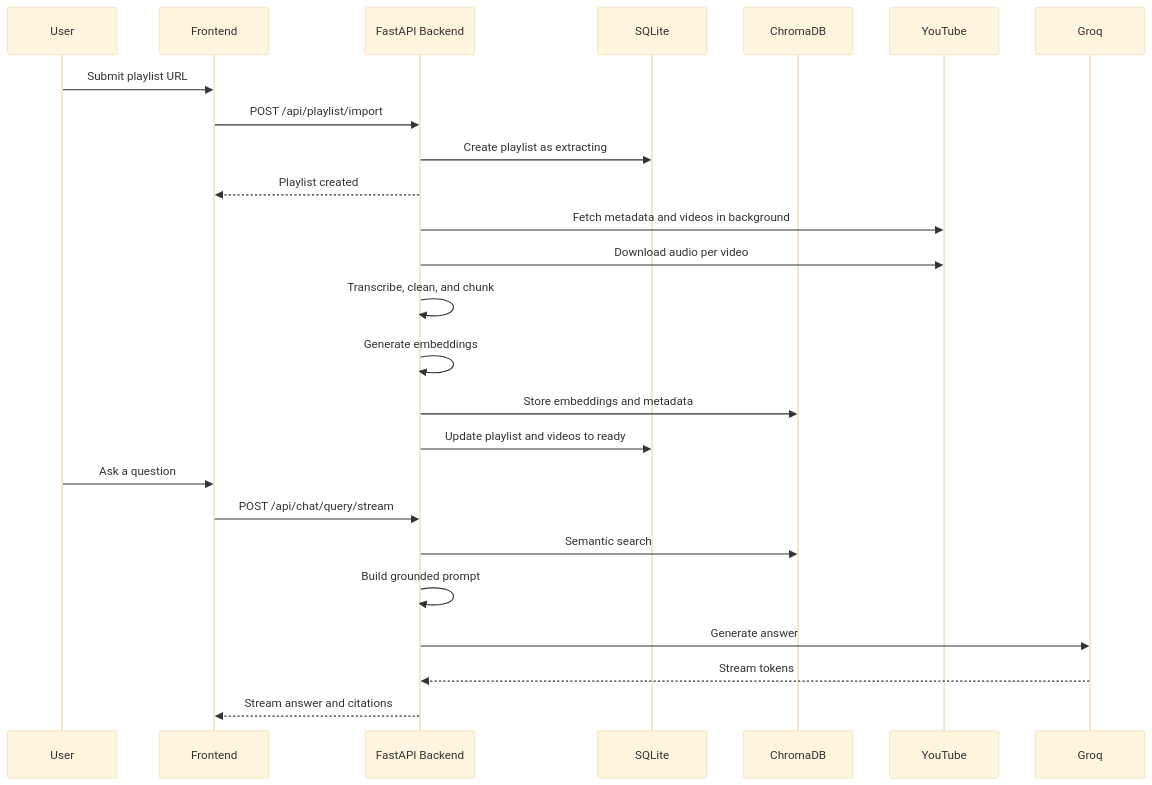
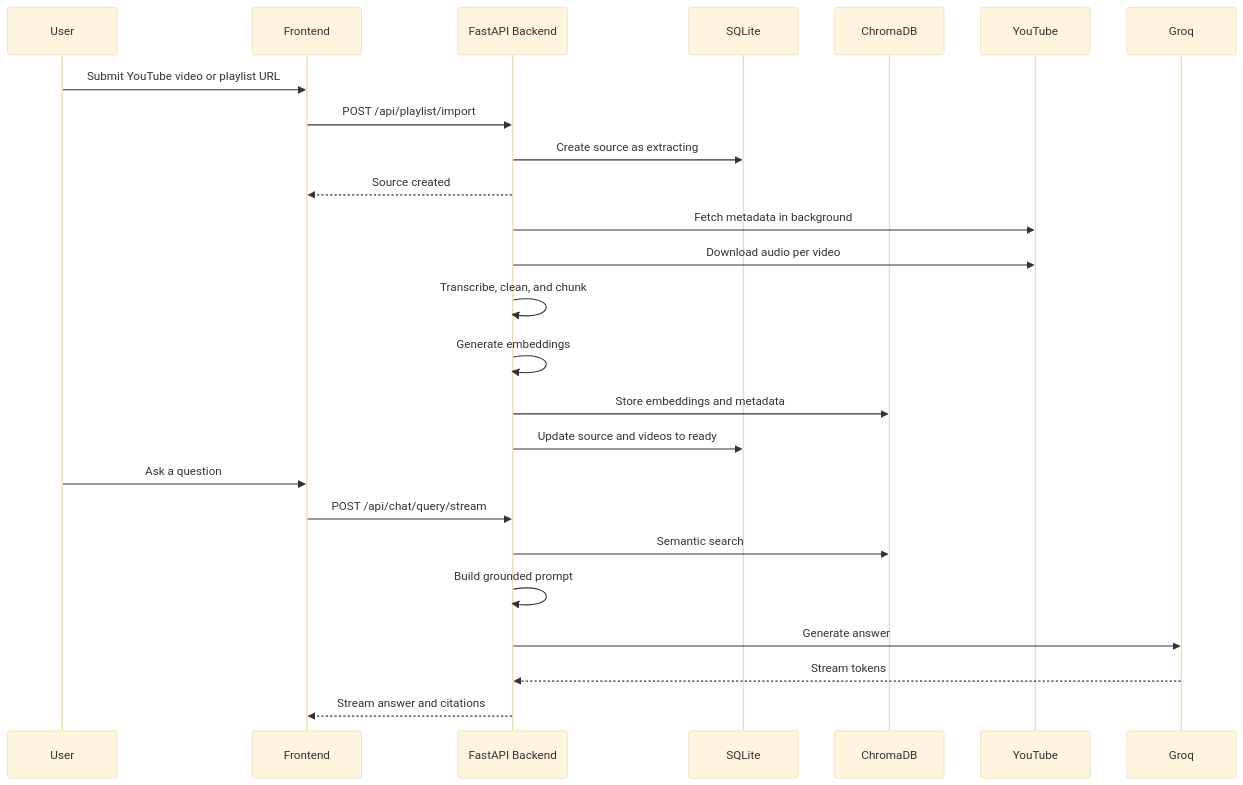
The diagram in README.md (HarshS16/Ytutor), drawn with Mermaid (base theme) before and after one commit. The commit also changed other lines of this file and 16 other files, not shown here.

Commit message:
feat: initialize backend ingestion pipeline and frontend chat architecture

````diff
--- a/README.md
+++ b/README.md
@@ -65,29 +65,29 @@
 ```mermaid
 sequenceDiagram
     participant User
     participant Frontend
     participant Backend as FastAPI Backend
     participant SQLite
     participant ChromaDB
     participant YouTube
     participant Groq
 
-    User->>Frontend: Submit playlist URL
+    User->>Frontend: Submit YouTube video or playlist URL
     Frontend->>Backend: POST /api/playlist/import
-    Backend->>SQLite: Create playlist as extracting
-    Backend-->>Frontend: Playlist created
-    Backend->>YouTube: Fetch metadata and videos in background
+    Backend->>SQLite: Create source as extracting
+    Backend-->>Frontend: Source created
+    Backend->>YouTube: Fetch metadata in background
     Backend->>YouTube: Download audio per video
     Backend->>Backend: Transcribe, clean, and chunk
     Backend->>Backend: Generate embeddings
     Backend->>ChromaDB: Store embeddings and metadata
-    Backend->>SQLite: Update playlist and videos to ready
+    Backend->>SQLite: Update source and videos to ready
 
     User->>Frontend: Ask a question
     Frontend->>Backend: POST /api/chat/query/stream
     Backend->>ChromaDB: Semantic search
     Backend->>Backend: Build grounded prompt
     Backend->>Groq: Generate answer
     Groq-->>Backend: Stream tokens
     Backend-->>Frontend: Stream answer and citations
 ```
````
